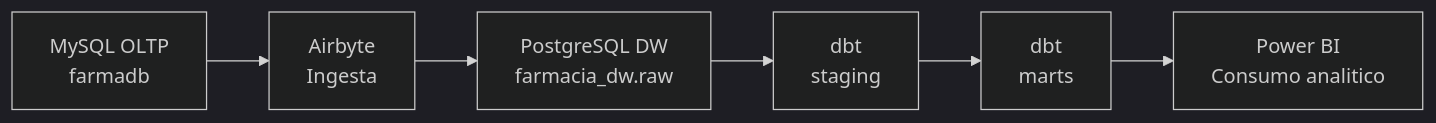
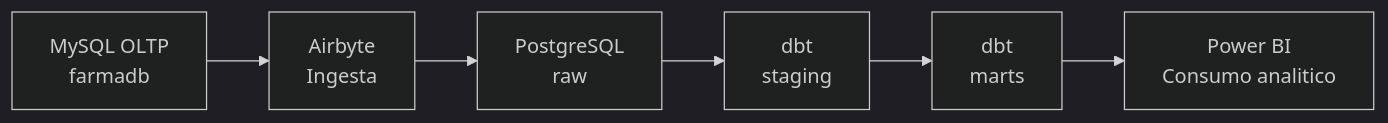
One commit to 261bi/farmacia-bi changed the diagram in README.md. Above: the diagram before and after it, drawn with Mermaid (dark theme).

````diff
--- a/README.md
+++ b/README.md
@@ -13,8 +13,8 @@
 ```mermaid
 flowchart LR
     A[MySQL OLTP<br/>farmadb] --> B[Airbyte<br/>Ingesta]
-    B --> C[PostgreSQL DW<br/>farmacia_dw.raw]
+    B --> C[PostgreSQL<br/>raw]
     C --> D[dbt<br/>staging]
     D --> E[dbt<br/>marts]
     E --> F[Power BI<br/>Consumo analitico]
 ```
````
